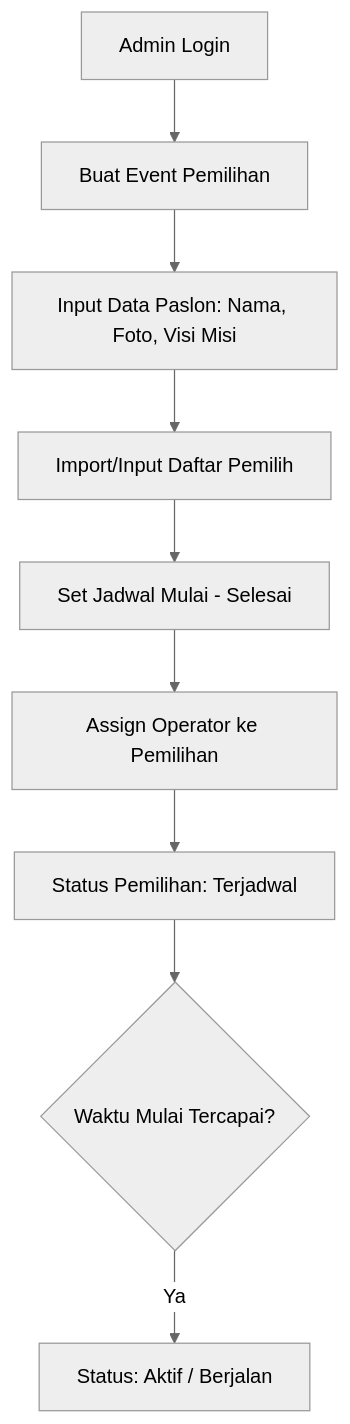
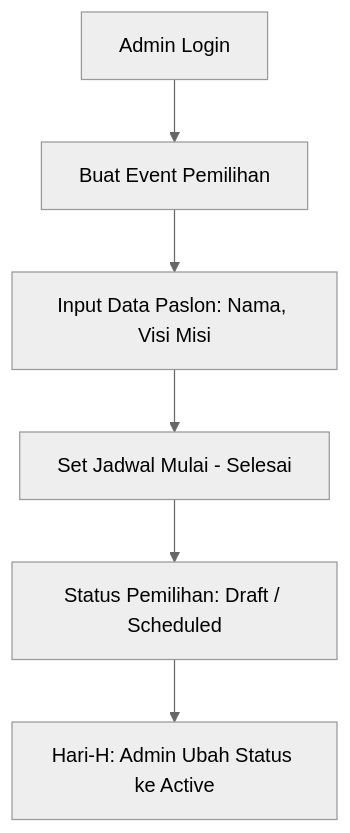
One commit to Adityamewmew/smartVoting changed the first of 4 diagrams in docs/prd (1).md. Above: the diagram before and after it, drawn with Mermaid (neutral theme). The commit also changed other lines of this file, not shown here.

````diff
--- a/docs/prd (1).md
+++ b/docs/prd (1).md
@@ -69,11 +66,8 @@
 ```mermaid
 flowchart TD
     A[Admin Login] --> B[Buat Event Pemilihan]
-    B --> C[Input Data Paslon: Nama, Foto, Visi Misi]
-    C --> D[Import/Input Daftar Pemilih]
-    D --> E[Set Jadwal Mulai - Selesai]
-    E --> F[Assign Operator ke Pemilihan]
-    F --> G[Status Pemilihan: Terjadwal]
-    G --> H{Waktu Mulai Tercapai?}
-    H -- Ya --> I[Status: Aktif / Berjalan]
+    B --> C[Input Data Paslon: Nama, Visi Misi]
+    C --> D[Set Jadwal Mulai - Selesai]
+    D --> E[Status Pemilihan: Draft / Scheduled]
+    E --> F[Hari-H: Admin Ubah Status ke Active]
 ```
````
